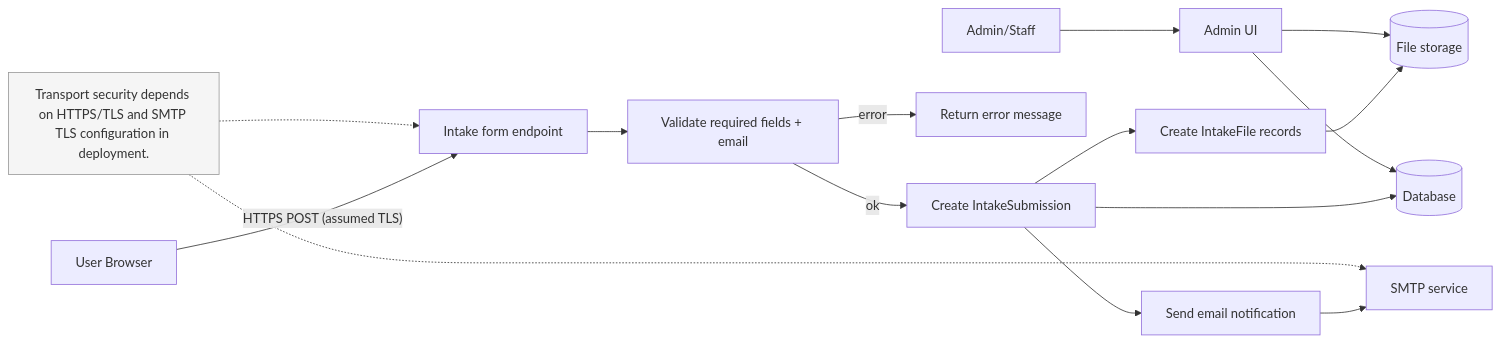
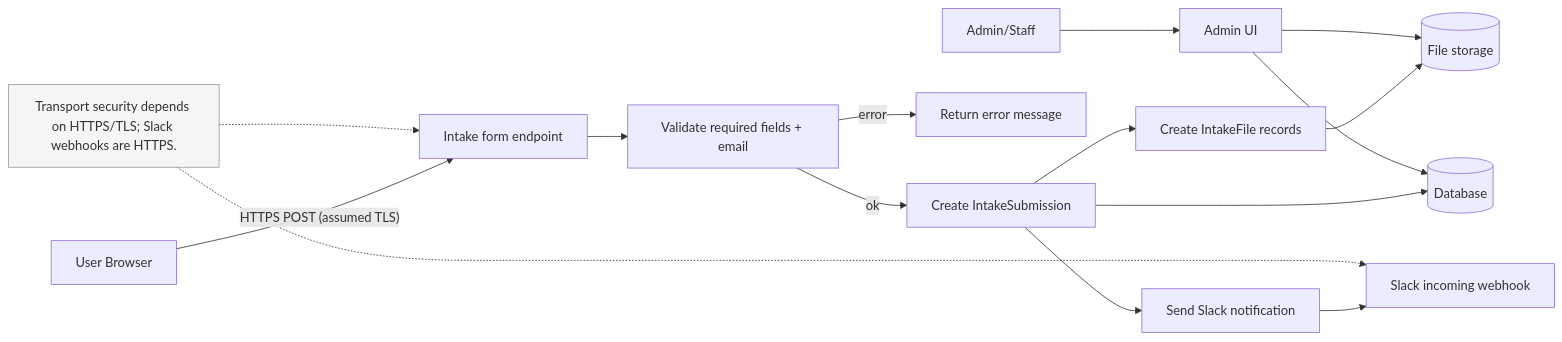
One commit to stirlingv/xfed changed the third of 7 diagrams in docs/technical/diagrams.md. Above: the diagram before and after it, drawn with Mermaid. The commit also changed other lines of this file and 16 other files, not shown here.

First line of the commit message:
feat(notifications): replace email with Slack-only notifications and add contact form

````diff
--- a/docs/technical/diagrams.md
+++ b/docs/technical/diagrams.md
@@ -161,24 +161,24 @@
 ```mermaid
 flowchart LR
     user[User Browser] -->|"HTTPS POST (assumed TLS)"| intake_form[Intake form endpoint]
     intake_form --> validate[Validate required fields + email]
     validate -->|ok| save_submission[Create IntakeSubmission]
     validate -->|error| return_error[Return error message]
 
     save_submission --> save_files[Create IntakeFile records]
-    save_submission --> send_email[Send email notification]
+    save_submission --> send_slack[Send Slack notification]
 
     save_files --> storage[(File storage)]
     save_submission --> db[(Database)]
-    send_email --> smtp[SMTP service]
+    send_slack --> slack[Slack incoming webhook]
 
     admin[Admin/Staff] --> admin_ui[Admin UI]
     admin_ui --> db
     admin_ui --> storage
 
-    note_sec[Transport security depends on HTTPS/TLS and SMTP TLS configuration in deployment.]:::note
+    note_sec[Transport security depends on HTTPS/TLS; Slack webhooks are HTTPS.]:::note
 
     classDef note fill:#f5f5f5,stroke:#999,stroke-width:1px,color:#333;
     note_sec -.-> intake_form
-    note_sec -.-> smtp
+    note_sec -.-> slack
 ```
````
